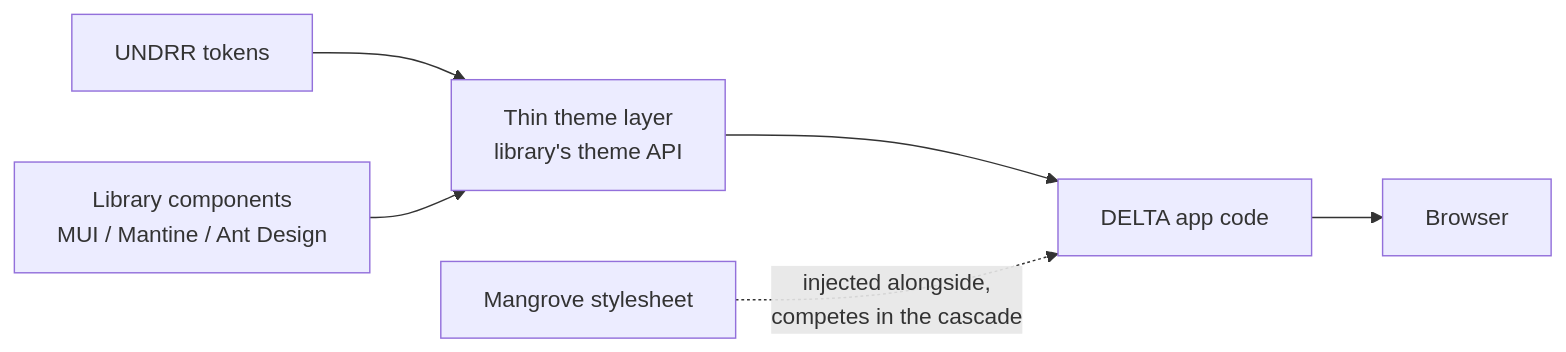
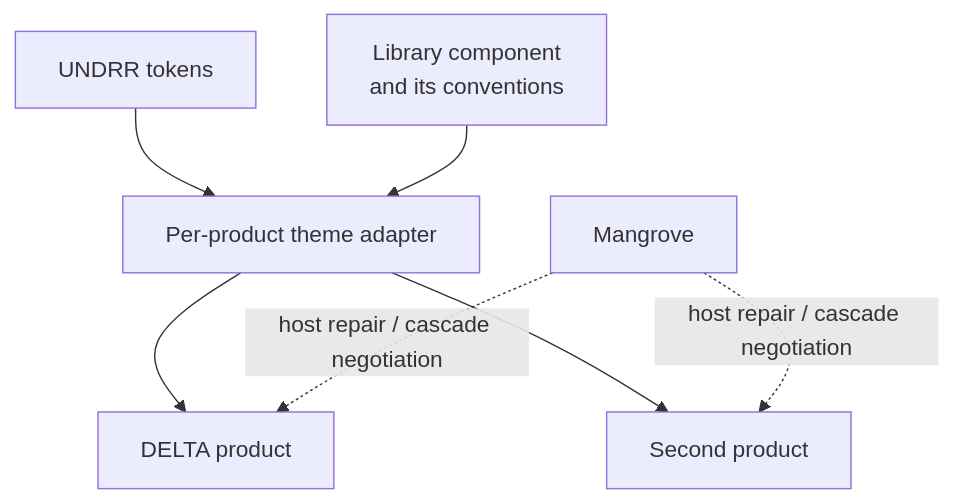
The first of 3 diagrams in docs/architecture-options.md (khawkins98/data-design-demo), drawn with Mermaid before and after one commit. The commit also changed other lines of this file and 1 other file, not shown here.

Commit message:
docs: frame architecture reuse evidence

````diff
--- a/docs/architecture-options.md
+++ b/docs/architecture-options.md
@@ -38,8 +68,9 @@
 ```mermaid
-flowchart LR
-  T["UNDRR tokens"] --> TH["Thin theme layer<br/>library's theme API"]
-  L["Library components<br/>MUI / Mantine / Ant Design"] --> TH
-  TH --> A["DELTA app code"]
-  M["Mangrove stylesheet"] -.->|"injected alongside,<br/>competes in the cascade"| A
-  A --> B["Browser"]
+flowchart TB
+  T["UNDRR tokens"] --> TH["Per-product theme adapter"]
+  L["Library component<br/>and its conventions"] --> TH
+  TH --> D["DELTA product"]
+  TH --> P["Second product"]
+  M["Mangrove"] -.->|"host repair / cascade negotiation"| D
+  M -.->|"host repair / cascade negotiation"| P
 ```
````
